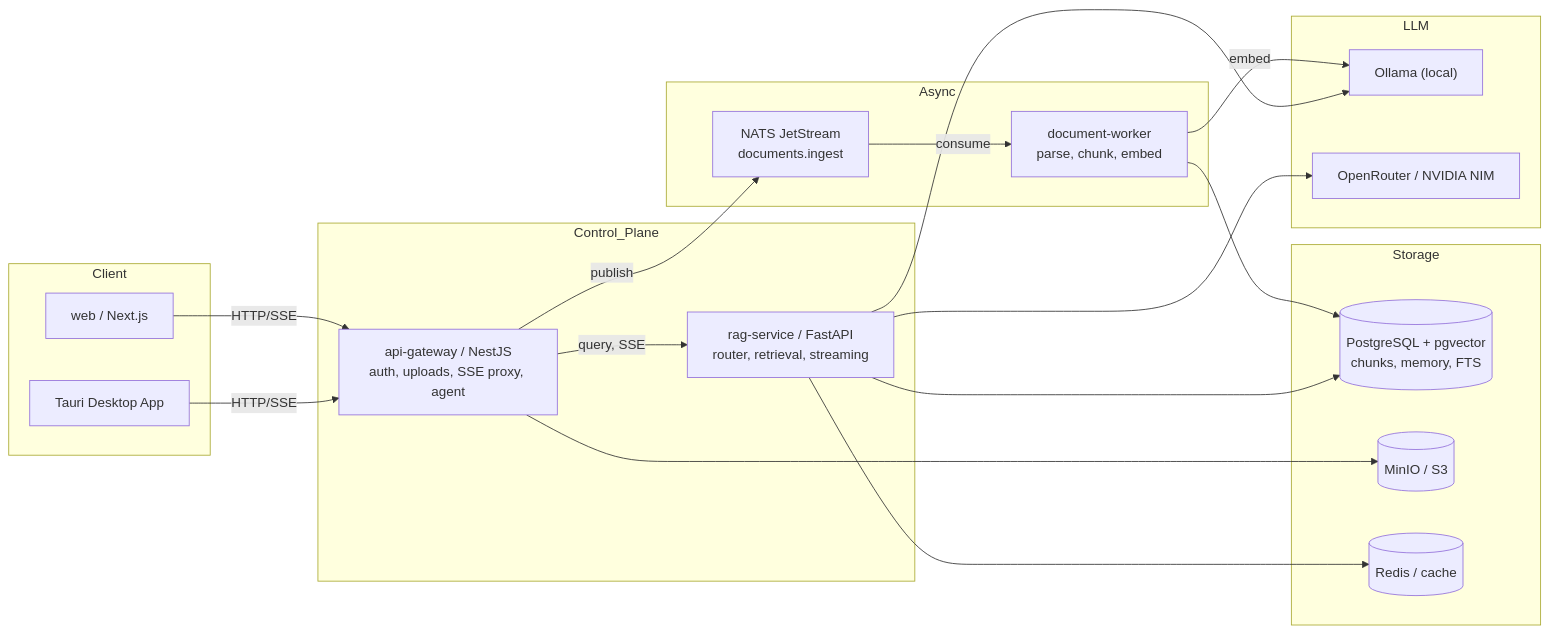
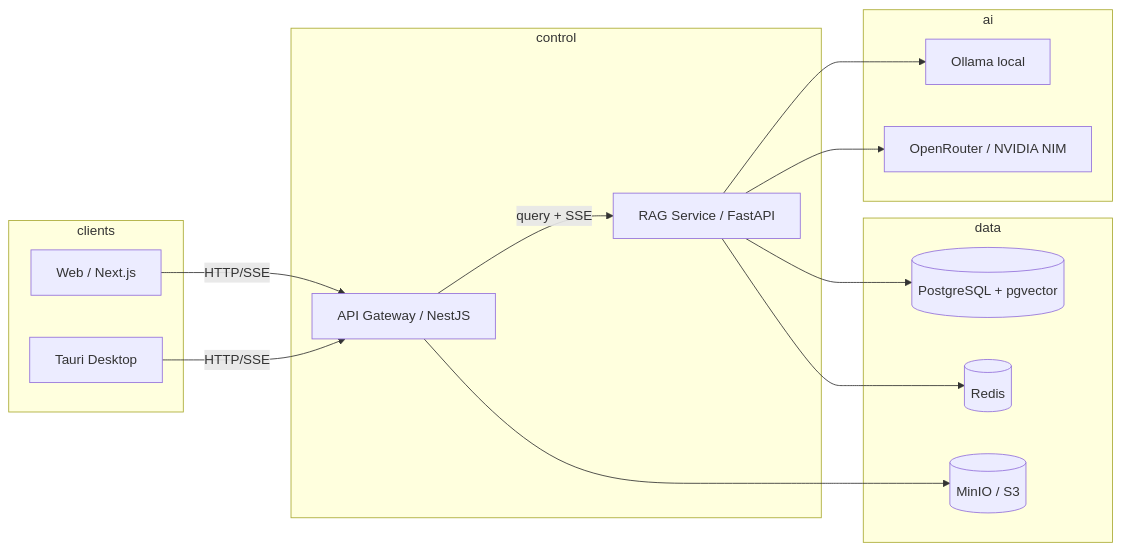
Before and after one commit to RajdeepDevelopment/smoke-monkey-desktop: the diagram in README.md, drawn with Mermaid. The commit also changed other lines of this file, not shown here.

Commit message:
docs: shorten README, simplify architecture mermaid to one clean diagram

````diff
--- a/README.md
+++ b/README.md
@@ -70,37 +51,29 @@
 ```mermaid
 flowchart LR
-    subgraph Client
-        W["web / Next.js"]
-        T["Tauri Desktop App"]
+    subgraph clients
+        web[Web / Next.js]
+        desktop[Tauri Desktop]
     end
-    subgraph Control_Plane
-        G["api-gateway / NestJS<br/>auth, uploads, SSE proxy, agent"]
-        R["rag-service / FastAPI<br/>router, retrieval, streaming"]
+    subgraph control
+        gateway[API Gateway / NestJS]
+        rag[RAG Service / FastAPI]
     end
-    subgraph Async
-        N["NATS JetStream<br/>documents.ingest"]
-        DW["document-worker<br/>parse, chunk, embed"]
+    subgraph data
+        pg[(PostgreSQL + pgvector)]
+        redis[(Redis)]
+        minio[(MinIO / S3)]
     end
-    subgraph Storage
-        P[("PostgreSQL + pgvector<br/>chunks, memory, FTS")]
-        M[("MinIO / S3")]
-        RD[("Redis / cache")]
-    end
-    subgraph LLM
-        O["Ollama (local)"]
-        OR["OpenRouter / NVIDIA NIM"]
+    subgraph ai
+        ollama[Ollama local]
+        openrouter[OpenRouter / NVIDIA NIM]
     end
 
-    W -- "HTTP/SSE" --> G
-    T -- "HTTP/SSE" --> G
-    G -- "query, SSE" --> R
-    G -- "publish" --> N
-    N -- "consume" --> DW
-    DW -- "embed" --> O
-    DW --> P
-    G --> M
-    R --> P
-    R --> RD
-    R --> O
-    R --> OR
+    web -- HTTP/SSE --> gateway
+    desktop -- HTTP/SSE --> gateway
+    gateway -- query + SSE --> rag
+    rag --> pg
+    rag --> redis
+    gateway --> minio
+    rag --> ollama
+    rag --> openrouter
 ```
````
